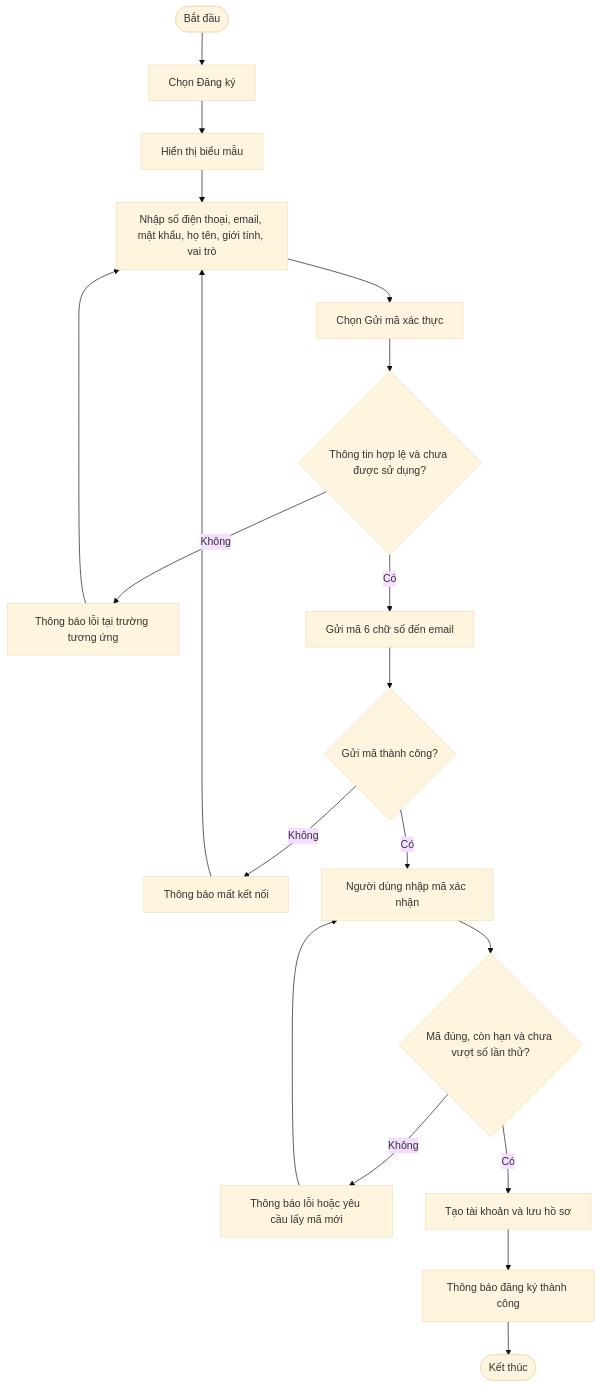
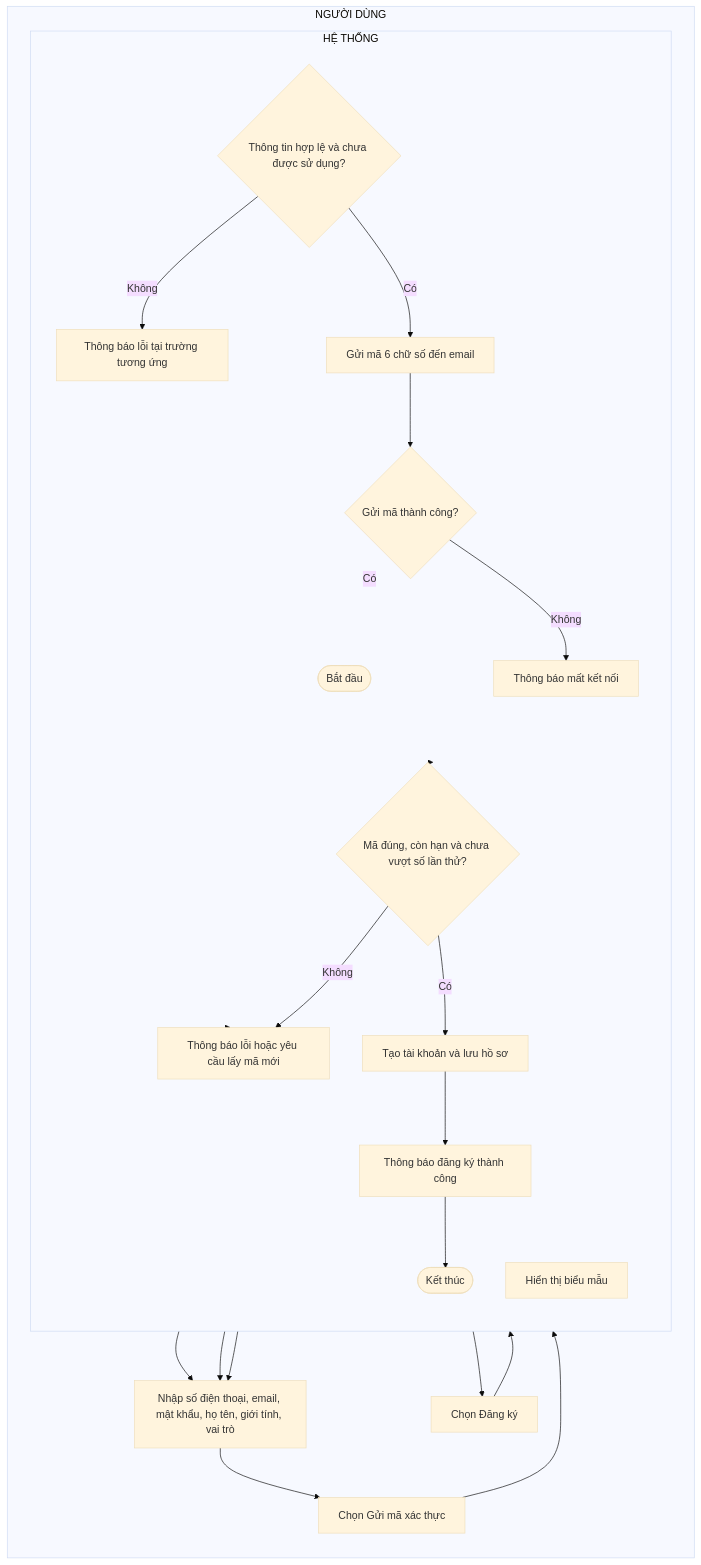
Before and after one commit to Iron045/geriatricare: the first of 17 diagrams in docs/bieu_do_hoat_dong_usecase.md, drawn with Mermaid (base theme). The commit also changed other lines of this file, not shown here.

Commit message:
docs: split activity diagrams into user and system swimlanes

````diff
--- a/docs/bieu_do_hoat_dong_usecase.md
+++ b/docs/bieu_do_hoat_dong_usecase.md
@@ -9,18 +9,40 @@
 ```mermaid
-flowchart TD
- S([Bắt đầu]) --> A[Chọn Đăng ký]
- A --> B[Hiển thị biểu mẫu]
- B --> C[Nhập số điện thoại, email, mật khẩu, họ tên, giới tính, vai trò]
- C --> D[Chọn Gửi mã xác thực]
- D --> E{Thông tin hợp lệ và chưa được sử dụng?}
- E -- Không --> X[Thông báo lỗi tại trường tương ứng] --> C
- E -- Có --> F[Gửi mã 6 chữ số đến email]
- F --> G{Gửi mã thành công?}
- G -- Không --> X2[Thông báo mất kết nối] --> C
- G -- Có --> H[Người dùng nhập mã xác nhận]
- H --> I{Mã đúng, còn hạn và chưa vượt số lần thử?}
- I -- Không --> J[Thông báo lỗi hoặc yêu cầu lấy mã mới] --> H
- I -- Có --> K[Tạo tài khoản và lưu hồ sơ]
- K --> L[Thông báo đăng ký thành công]
- L --> T([Kết thúc])
+flowchart LR
+  subgraph U["NGƯỜI DÙNG"]
+    direction TB
+    A[Chọn Đăng ký]
+    C[Nhập số điện thoại, email, mật khẩu, họ tên, giới tính, vai trò]
+    D[Chọn Gửi mã xác thực]
+    H[Người dùng nhập mã xác nhận]
+  end
+  subgraph H["HỆ THỐNG"]
+    direction TB
+    S([Bắt đầu])
+    B[Hiển thị biểu mẫu]
+    E{Thông tin hợp lệ và chưa được sử dụng?}
+    X[Thông báo lỗi tại trường tương ứng]
+    F[Gửi mã 6 chữ số đến email]
+    G{Gửi mã thành công?}
+    X2[Thông báo mất kết nối]
+    I{Mã đúng, còn hạn và chưa vượt số lần thử?}
+    J[Thông báo lỗi hoặc yêu cầu lấy mã mới]
+    K[Tạo tài khoản và lưu hồ sơ]
+    L[Thông báo đăng ký thành công]
+    T([Kết thúc])
+  end
+  S --> A
+  A --> B
+  B --> C
+  C --> D
+  D --> E
+  E -- Không --> X --> C
+  E -- Có --> F
+  F --> G
+  G -- Không --> X2 --> C
+  G -- Có --> H
+  H --> I
+  I -- Không --> J --> H
+  I -- Có --> K
+  K --> L
+  L --> T
 ```
````
